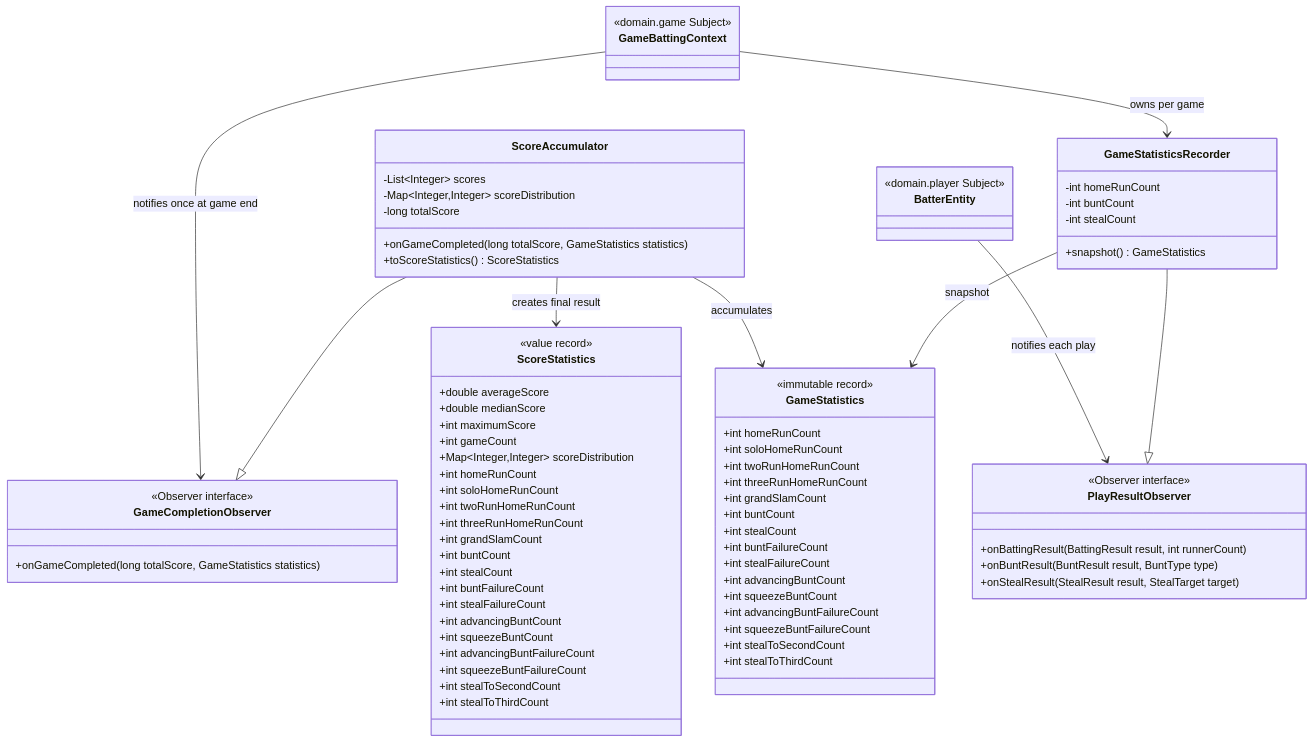
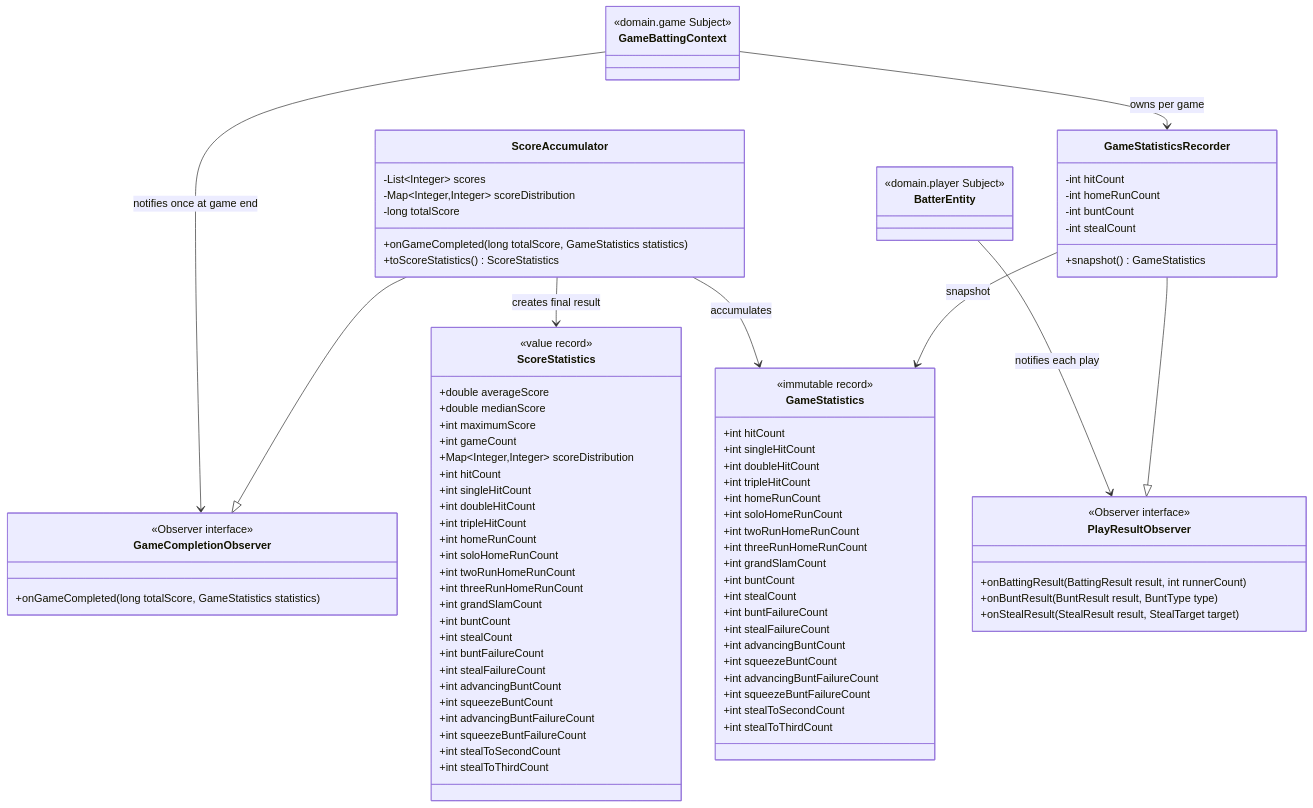
Before and after one commit to midetaro/baseball-orders: the third of 4 diagrams in apps/simulator/README.md, drawn with Mermaid. The commit also changed other lines of this file and 7 other files, not shown here.

```diff
--- a/apps/simulator/README.md
+++ b/apps/simulator/README.md
@@ -317,6 +316,7 @@
         +onStealResult(StealResult result, StealTarget target)
     }
     class GameStatisticsRecorder {
+        -int hitCount
         -int homeRunCount
         -int buntCount
         -int stealCount
@@ -324,6 +324,10 @@
     }
     class GameStatistics {
         <<immutable record>>
+        +int hitCount
+        +int singleHitCount
+        +int doubleHitCount
+        +int tripleHitCount
         +int homeRunCount
         +int soloHomeRunCount
         +int twoRunHomeRunCount
@@ -359,6 +363,10 @@
         +int maximumScore
         +int gameCount
         +Map~Integer,Integer~ scoreDistribution
+        +int hitCount
+        +int singleHitCount
+        +int doubleHitCount
+        +int tripleHitCount
         +int homeRunCount
         +int soloHomeRunCount
         +int twoRunHomeRunCount
```
